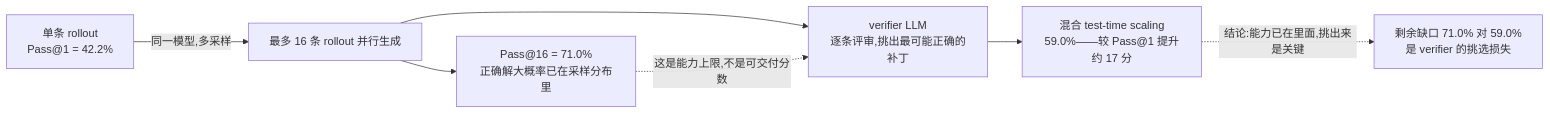
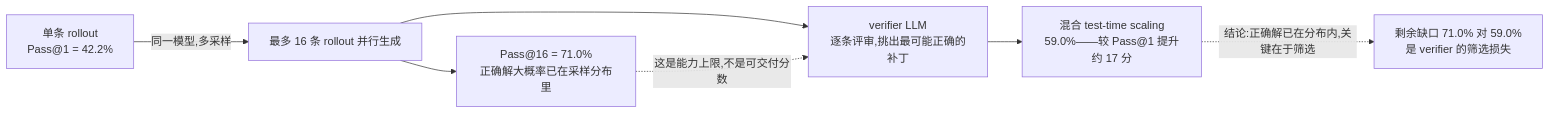
One commit to lloo099/mission44 changed the fifth of 5 diagrams in docs/blog/dispatch-22-deepswe-rllm.md. Above: the diagram before and after it, drawn with Mermaid. The commit also changed other lines of this file and 22 other files, not shown here.

````diff
--- a/docs/blog/dispatch-22-deepswe-rllm.md
+++ b/docs/blog/dispatch-22-deepswe-rllm.md
@@ -172,13 +172,13 @@
 ```mermaid
 flowchart LR
     P1["单条 rollout<br>Pass@1 = 42.2%"] -->|"同一模型,多采样"| MULTI["最多 16 条 rollout 并行生成"]
 
     MULTI --> P16["Pass@16 = 71.0%<br>正确解大概率已在采样分布里"]
     MULTI --> VER["verifier LLM<br>逐条评审,挑出最可能正确的补丁"]
 
     P16 -. "这是能力上限,不是可交付分数" .-> VER
 
     VER --> FINAL["混合 test-time scaling<br>59.0%——较 Pass@1 提升约 17 分"]
 
-    FINAL -. "结论:能力已在里面,挑出来是关键" .-> GAP["剩余缺口 71.0% 对 59.0%<br>是 verifier 的挑选损失"]
+    FINAL -. "结论:正确解已在分布内,关键在于筛选" .-> GAP["剩余缺口 71.0% 对 59.0%<br>是 verifier 的筛选损失"]
 ```
````
